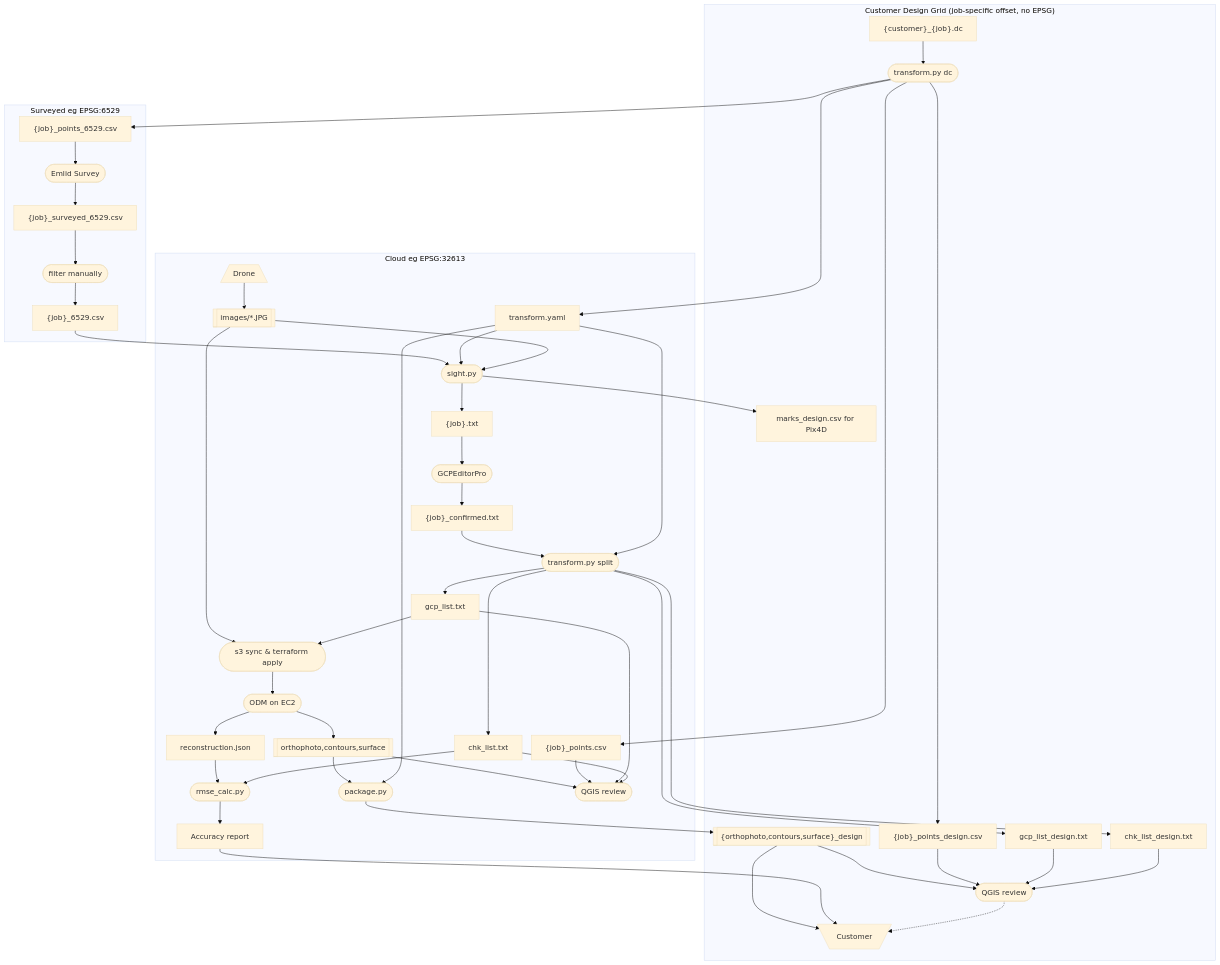
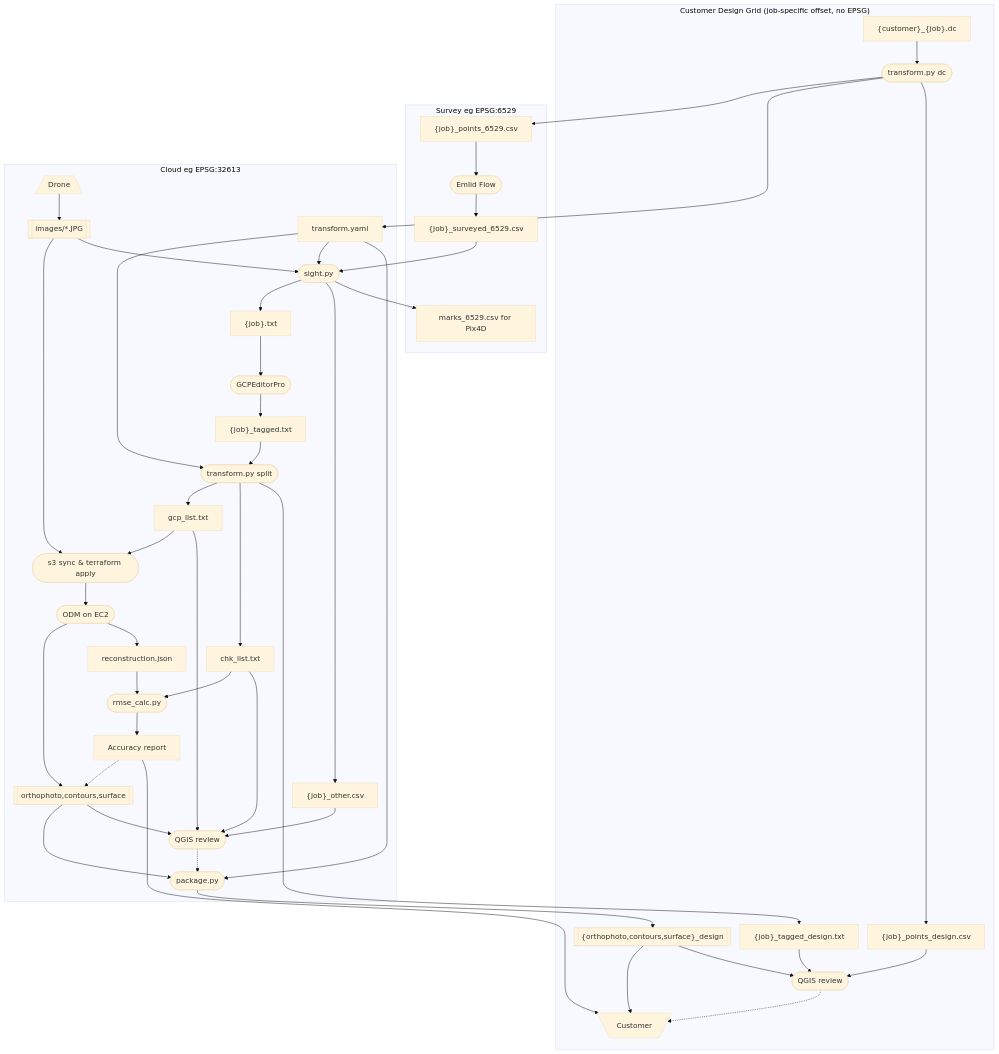
One commit to jrstear/geo changed the diagram in docs/odm-workflow.md. Above: the diagram before and after it, drawn with Mermaid. The commit also changed other lines of this file and 3 other files, not shown here.

```diff
--- a/docs/odm-workflow.md
+++ b/docs/odm-workflow.md
@@ -12,23 +12,20 @@
     cust_dc["{customer}_{job}.dc"]
     extract(["transform.py dc"])
     points_6529["{job}_points_6529.csv"]
-    points["{job}_points.csv"]
     points_design["{job}_points_design.csv"]
     transform_yaml["transform.yaml"]
-    emlid(["Emlid Survey"])
+    emlid(["Emlid Flow"])
     all["{job}_surveyed_6529.csv"]
-    filter(["filter manually"])
-    filtered["{job}_6529.csv"]
     sight(["sight.py"])
-    marks["marks_design.csv for Pix4D"]
+    other["{job}_other.csv"]
+    marks["marks_6529.csv for Pix4D"]
     targets["{job}.txt"]
     gcpeditor(["GCPEditorPro"])
-    confirmed["{job}_confirmed.txt"]
-    prepare(["transform.py split"])
+    tagged["{job}_tagged.txt"]
+    split(["transform.py split"])
     control["gcp_list.txt"]
     check["chk_list.txt"]
-    gcp_design["gcp_list_design.txt"]
-    chk_design["chk_list_design.txt"]
+    tagged_design["{job}_tagged_design.txt"]
     s3(["s3 sync & terraform apply"])
     odm(["ODM on EC2"])
     rmse(["rmse_calc.py"])
@@ -47,32 +44,28 @@
         cust_dc
         extract
         points_design
-        gcp_design
-        chk_design
-        marks
+        tagged_design
         delivered
         qgis_design
         customer
     end
 
-    subgraph "Surveyed eg EPSG:6529"
+    subgraph "Survey eg EPSG:6529"
         points_6529
         emlid
+        marks
         all
-        filter
-        filtered
     end
 
     subgraph "Cloud eg EPSG:32613"
-        points
         drone
         images
         targets
         sight
         transform_yaml
         gcpeditor
-        confirmed
-        prepare
+        tagged
+        split
         control
         check
         s3
@@ -82,46 +75,47 @@
         rmse
         report
         packager
+        other
         qgis_cloud
     end
 
-    drone --> images
     cust_dc --> extract
     extract --> points_6529
-    extract --> points
+    extract --> transform_yaml
     extract --> points_design
-    extract --> transform_yaml
     points_6529 --> emlid
-    emlid --> all --> filter --> filtered
-    filtered --> sight
+    drone --> images
+    images --> s3
+    images --> sight
+    emlid --> all --> sight
+    sight --> targets
+    sight --> other
+    sight --> marks
+    other --> qgis_cloud
+    targets --> gcpeditor
+    gcpeditor --> tagged
+    tagged --> split
+    transform_yaml --> split
     transform_yaml --> sight
-    sight --> marks
-    sight --> targets
-    targets --> gcpeditor
-    gcpeditor --> confirmed
-    confirmed --> prepare
-    transform_yaml --> prepare
-    prepare --> control
-    prepare --> check
-    prepare --> gcp_design
-    prepare --> chk_design
-    images --> sight
-    images --> s3
+    split --> control
+    split --> check
+    split --> tagged_design
     control --> s3
     s3 --> odm --> deliverables
-    odm --> model --> rmse
+    odm --> model
     check --> rmse --> report
+    model --> rmse
+    transform_yaml --> packager
     deliverables --> packager
-    transform_yaml --> packager
+    qgis_cloud -.-> packager
     packager --> delivered
+    report -.-> deliverables
+    report --> customer
+    delivered --> customer
     delivered --> qgis_design
     points_design --> qgis_design
-    gcp_design --> qgis_design
-    chk_design --> qgis_design
-    delivered --> customer
-    report --> customer
+    tagged_design --> qgis_design
     deliverables --> qgis_cloud
-    points --> qgis_cloud
     control --> qgis_cloud
     check --> qgis_cloud
     qgis_design -.-> customer
```
